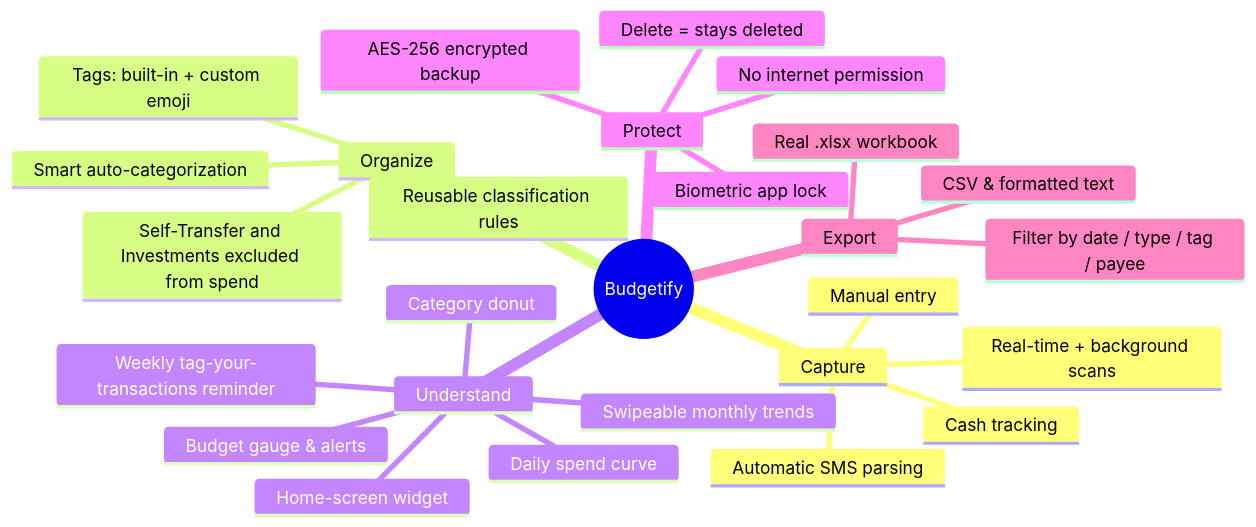
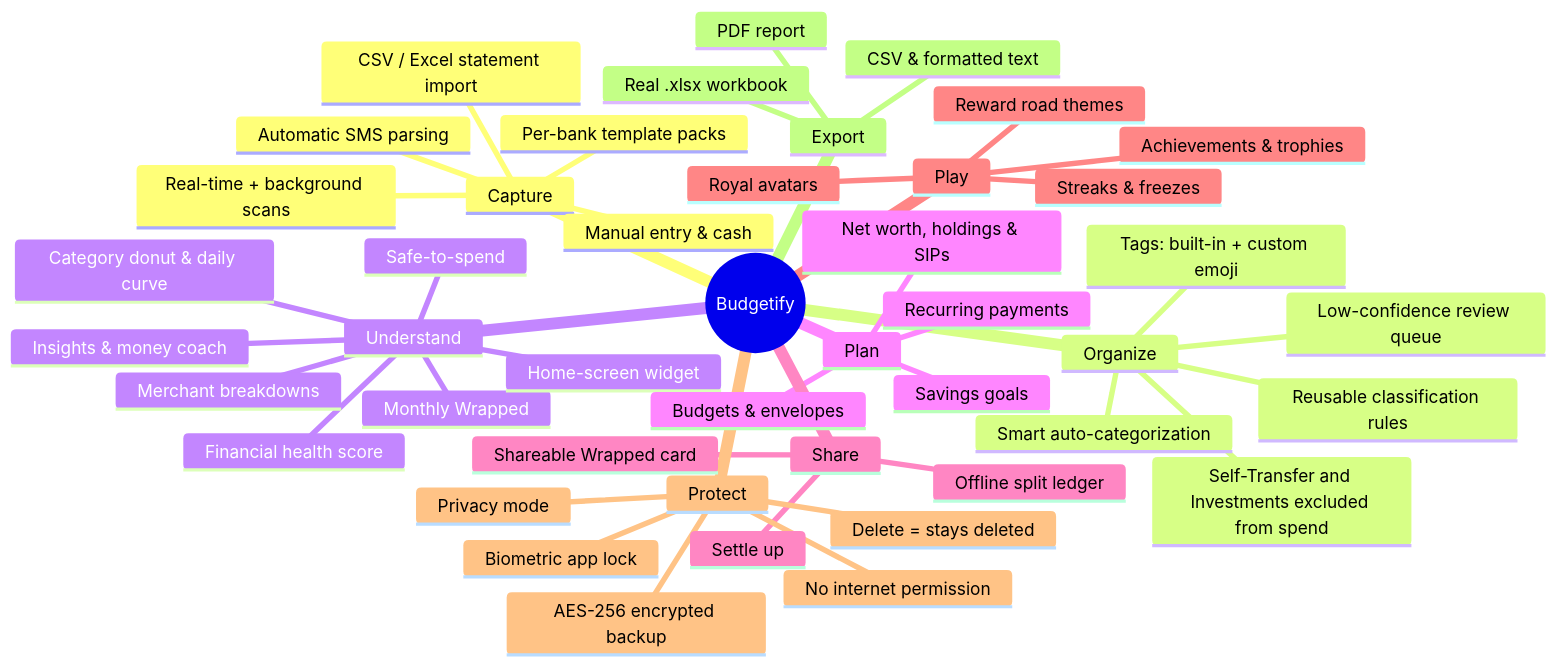
The first of 9 diagrams in README.md (Yolo-cell-hash/budgetify), drawn with Mermaid before and after one commit. The commit also changed other lines of this file, not shown here.

````diff
--- a/README.md
+++ b/README.md
@@ -80,30 +89,48 @@
 ```mermaid
 mindmap
   root((Budgetify))
     Capture
       Automatic SMS parsing
+      Per-bank template packs
       Real-time + background scans
-      Manual entry
-      Cash tracking
+      CSV / Excel statement import
+      Manual entry & cash
     Organize
       Smart auto-categorization
       Tags: built-in + custom emoji
       Reusable classification rules
+      Low-confidence review queue
       Self-Transfer and Investments excluded from spend
     Understand
-      Budget gauge & alerts
-      Category donut
-      Daily spend curve
-      Swipeable monthly trends
+      Financial health score
+      Safe-to-spend
+      Insights & money coach
+      Category donut & daily curve
+      Merchant breakdowns
+      Monthly Wrapped
       Home-screen widget
-      Weekly tag-your-transactions reminder
+    Plan
+      Budgets & envelopes
+      Recurring payments
+      Savings goals
+      Net worth, holdings & SIPs
+    Share
+      Offline split ledger
+      Settle up
+      Shareable Wrapped card
+    Play
+      Streaks & freezes
+      Achievements & trophies
+      Reward road themes
+      Royal avatars
     Protect
       No internet permission
       Biometric app lock
+      Privacy mode
       AES-256 encrypted backup
       Delete = stays deleted
     Export
       Real .xlsx workbook
+      PDF report
       CSV & formatted text
-      Filter by date / type / tag / payee
 ```
````
